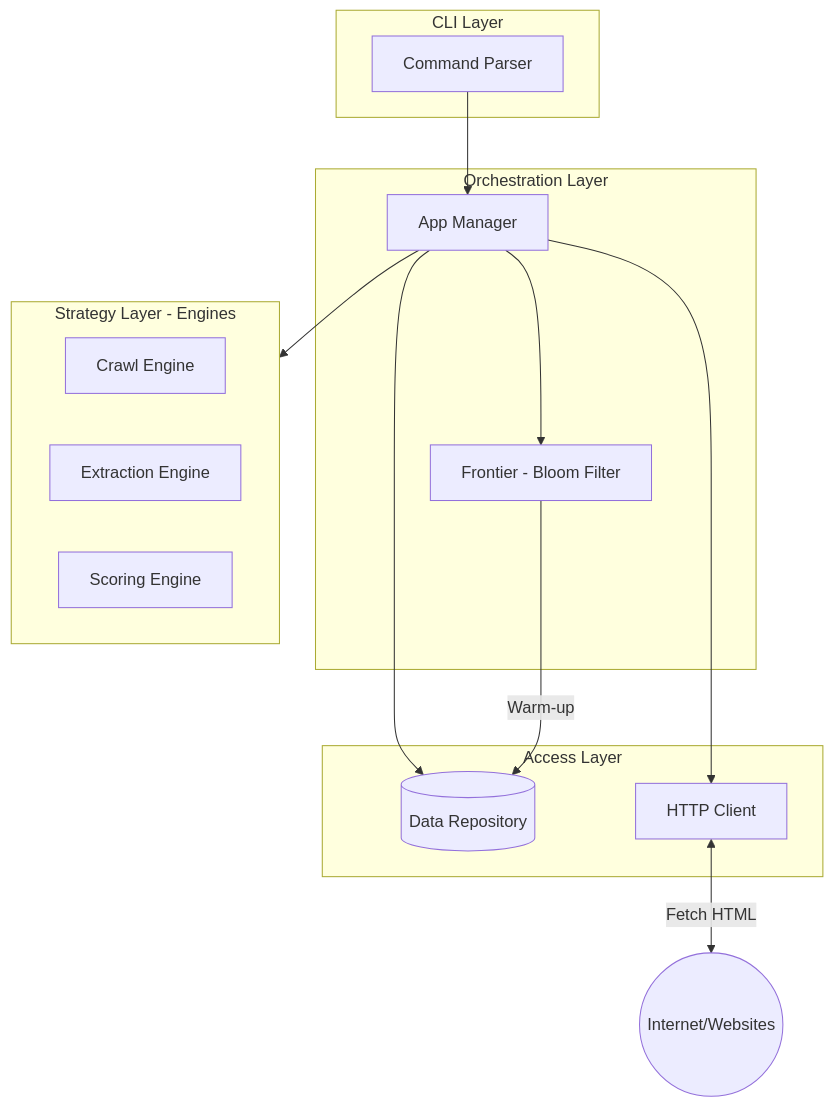
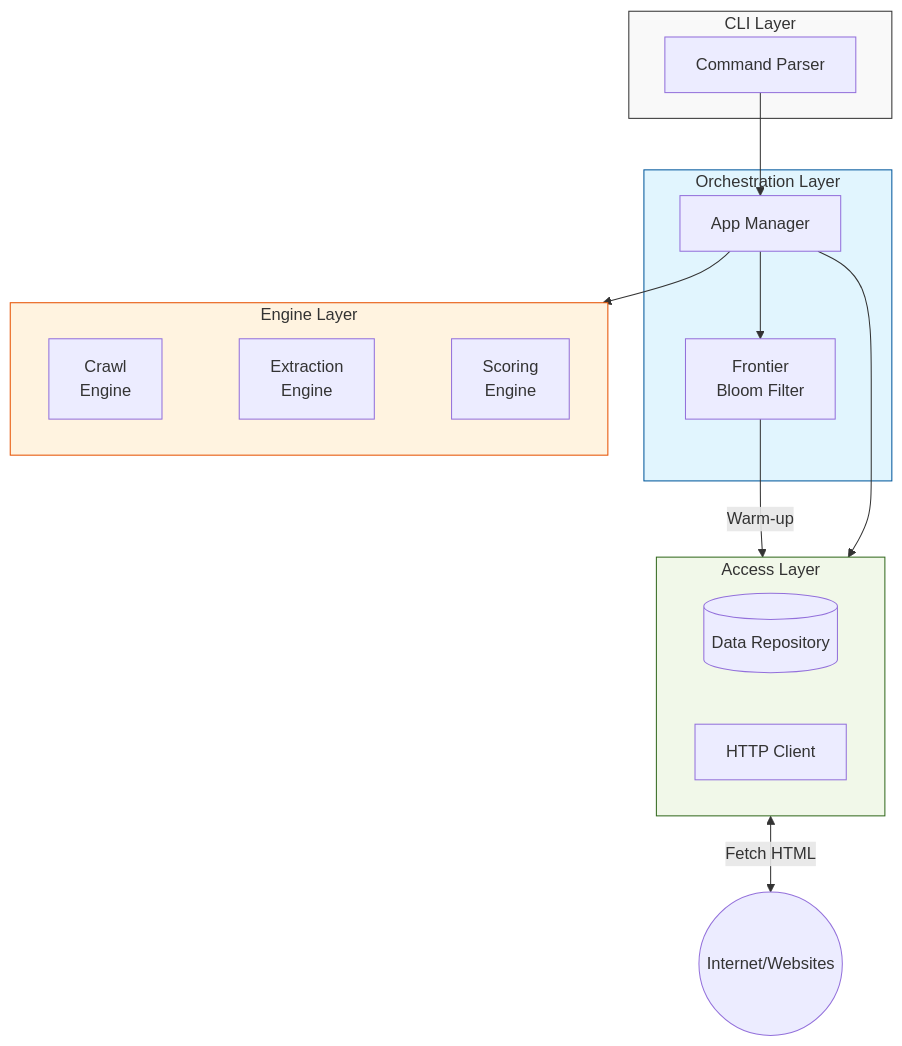
The first of 2 diagrams in projects/02_web_crawler/README.md (paulpeters144/system-design), drawn with Mermaid before and after one commit.

Commit message:
docs(web-crawler): improve architecture diagram layout and styling
Refactored the Mermaid system architecture diagram into a pyramid
structure. Aligned engines and access layers horizontally at the base
and added color-coded styling for improved visual hierarchy.

````diff
--- a/projects/02_web_crawler/README.md
+++ b/projects/02_web_crawler/README.md
@@ -24,33 +24,39 @@
 ```mermaid
 graph TD
     subgraph L1 [CLI Layer]
         C[Command Parser]
     end
 
     subgraph L2 [Orchestration Layer]
         M[App Manager]
-        F[Frontier - Bloom Filter]
+        F[Frontier <br> Bloom Filter]
+        M --> F
     end
 
-    subgraph L3 [Strategy Layer - Engines]
+    subgraph L3 [Engine Layer]
         direction LR
-        CE[Crawl Engine]
-        EE[Extraction Engine]
-        SE[Scoring Engine]
+        CE[Crawl<br>Engine] ~~~ EE[Extraction<br>Engine] ~~~ SE[Scoring<br>Engine]
     end
 
     subgraph L4 [Access Layer]
+        direction LR
         R[(Data Repository)]
         H[HTTP Client]
     end
 
-    W((Internet/Websites))
-
+    %% Pyramid Connections
     C --> M
     M --> L3
-    M --> F
-    M --> R
-    M --> H
+    M --> L4
+
+    %% Data Flow
+    F -- Warm-up --> R
+    W((Internet/Websites))
     H <-->|Fetch HTML| W
-    F -- Warm-up --> R
+
+    %% Styling
+    style L1 fill:#f9f9f9,stroke:#333
+    style L2 fill:#e1f5fe,stroke:#01579b
+    style L3 fill:#fff3e0,stroke:#e65100
+    style L4 fill:#f1f8e9,stroke:#33691e
 ```
````
